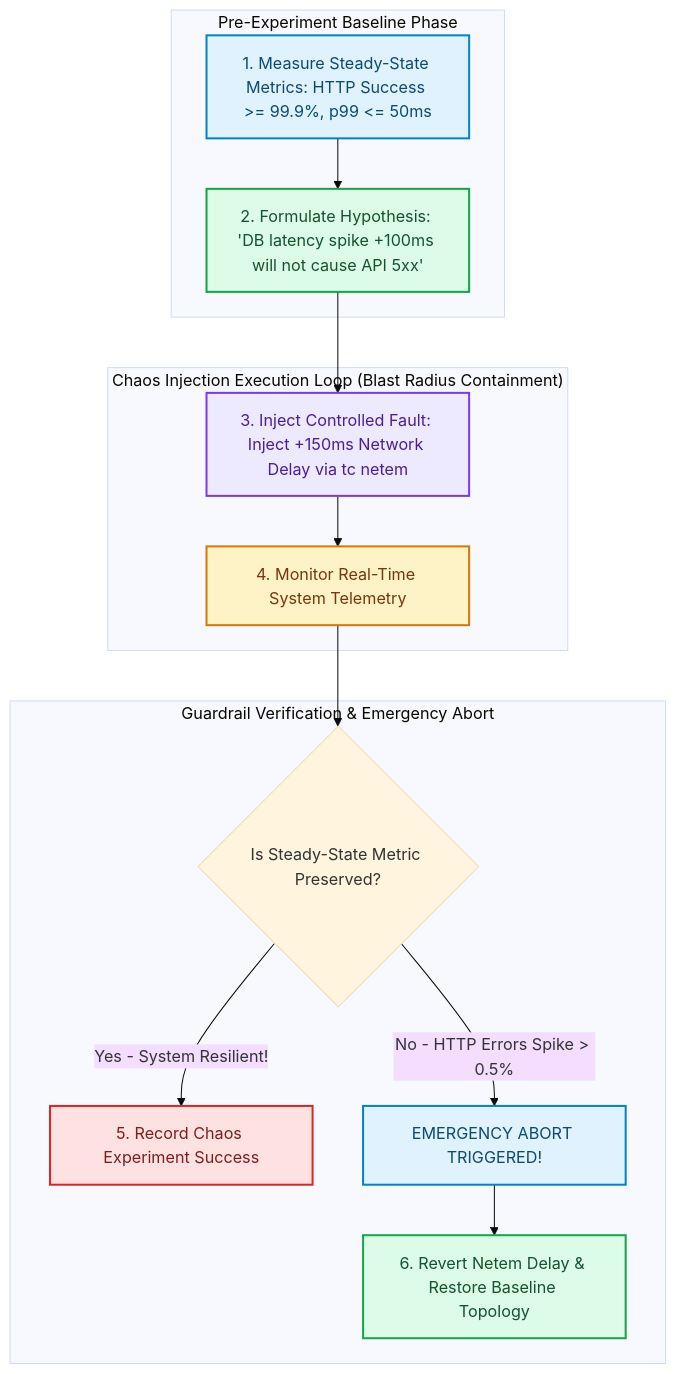
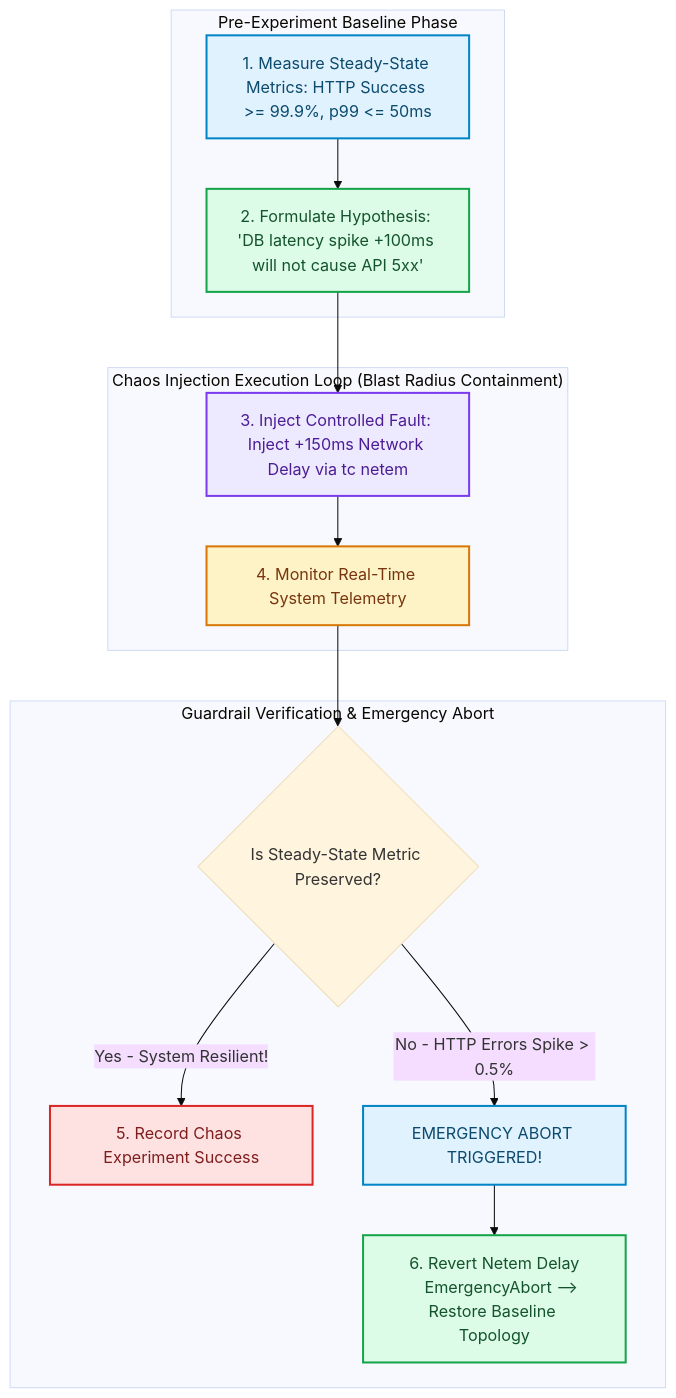
Before and after one commit to akmalkhaniub/akmalkhaniub.github.io: the diagram in blog/posts/chaos-engineering-principles-automated-failure-injection.md, drawn with Mermaid (base theme). The commit also changed other lines of this file and 894 other files, not shown here.

Commit message:
feat(blog): upgrade all 444 posts with unique staggered dates, 2-col Mermaid spines, benchmark tables, code blocks, and trade-offs

````diff
--- a/blog/posts/chaos-engineering-principles-automated-failure-injection.md
+++ b/blog/posts/chaos-engineering-principles-automated-failure-injection.md
@@ -19,31 +19,32 @@
 ```mermaid
 flowchart TD
   subgraph SG1_PreExperimentBaseline ["Pre-Experiment Baseline Phase"]
     SteadyState["1. Measure Steady-State Metrics: HTTP Success >= 99.9%, p99 <= 50ms"] --> Hypothesis["2. Formulate Hypothesis: 'DB latency spike +100ms will not cause API 5xx'"]
   end
   
   subgraph SG2_ChaosInjectionExecution ["Chaos Injection Execution Loop (Blast Radius Containment)"]
     Hypothesis --> Injector["3. Inject Controlled Fault: Inject +150ms Network Delay via tc netem"]
     
     Injector --> Monitor["4. Monitor Real-Time System Telemetry"]
   end
   
   subgraph SG3_GuardrailVerificationEmergency ["Guardrail Verification & Emergency Abort"]
     Monitor --> GuardrailCheck{Is Steady-State Metric Preserved?}
     GuardrailCheck -->|Yes - System Resilient!| Pass["5. Record Chaos Experiment Success"]
     GuardrailCheck -->|No - HTTP Errors Spike > 0.5%| EmergencyAbort[" EMERGENCY ABORT TRIGGERED!"]
     
-    EmergencyAbort --> Rollback["6. Revert Netem Delay & Restore Baseline Topology"]
+    EmergencyAbort --> Rollback["6. Revert Netem Delay
+    EmergencyAbort --> Restore Baseline Topology"]
   end
 
 classDef green fill:#dcfce7,stroke:#16a34a,stroke-width:2px,color:#14532d;
 classDef red fill:#fee2e2,stroke:#dc2626,stroke-width:2px,color:#7f1d1d;
 classDef blue fill:#e0f2fe,stroke:#0284c7,stroke-width:2px,color:#0c4a6e;
 classDef yellow fill:#fef3c7,stroke:#d97706,stroke-width:2px,color:#78350f;
 classDef purple fill:#ede9fe,stroke:#7c3aed,stroke-width:2px,color:#4c1d95;
 class SteadyState,EmergencyAbort blue
 class Hypothesis,Rollback green
 class Injector purple
 class Monitor yellow
 class Pass red
 ```
````
